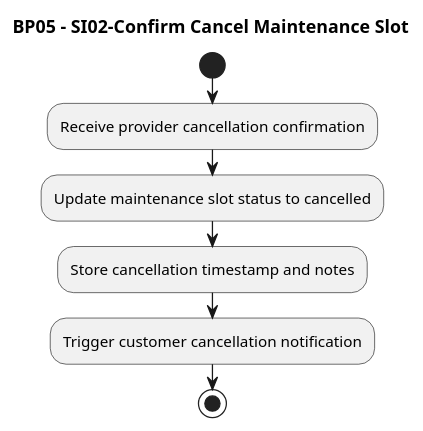
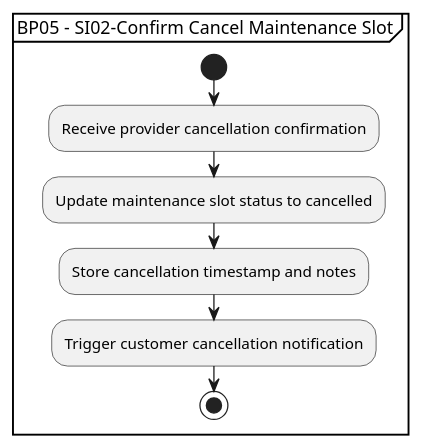
One commit to aaberg/builders-clinic-fix-me changed the diagram in 2.System Interactions/1.SystemInteractionDiagrams/BP05-SI02-Confirm-Cancel-Maintenance-Slot.puml. Above: the diagram before and after it, drawn with PlantUML. The commit also changed 54 other files, not shown here.

```diff
--- a/2.System Interactions/1.SystemInteractionDiagrams/BP05-SI02-Confirm-Cancel-Maintenance-Slot.puml
+++ b/2.System Interactions/1.SystemInteractionDiagrams/BP05-SI02-Confirm-Cancel-Maintenance-Slot.puml
@@ -1,11 +1,12 @@
 @startuml
-title BP05 - SI02-Confirm Cancel Maintenance Slot
 
-start
-:Receive provider cancellation confirmation;
-:Update maintenance slot status to cancelled;
-:Store cancellation timestamp and notes;
-:Trigger customer cancellation notification;
-stop
+partition "BP05 - SI02-Confirm Cancel Maintenance Slot" {
+  start
+  :Receive provider cancellation confirmation;
+  :Update maintenance slot status to cancelled;
+  :Store cancellation timestamp and notes;
+  :Trigger customer cancellation notification;
+  stop
+}
 
 @enduml
```
